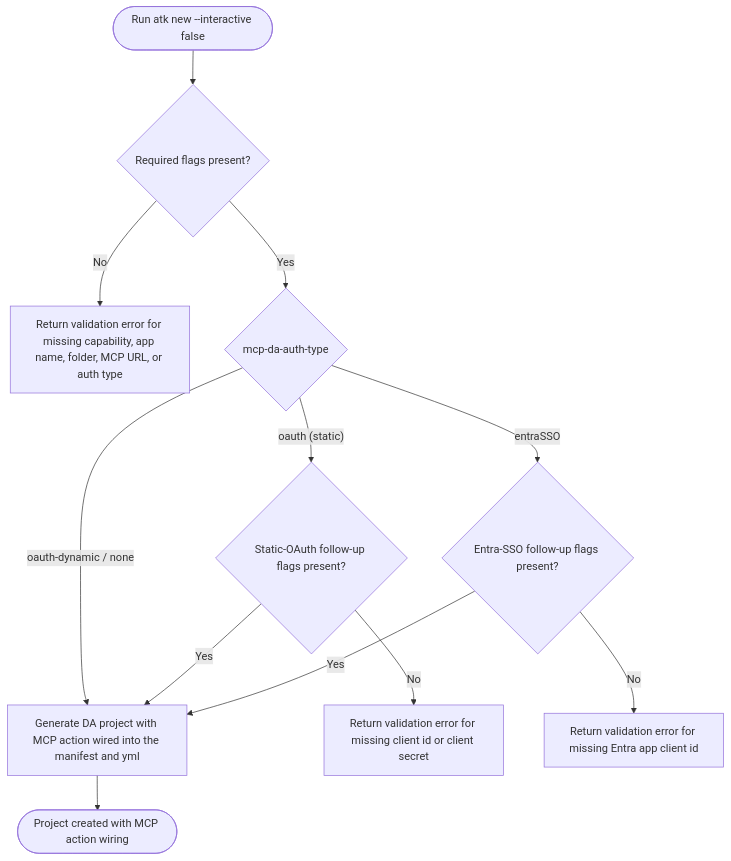
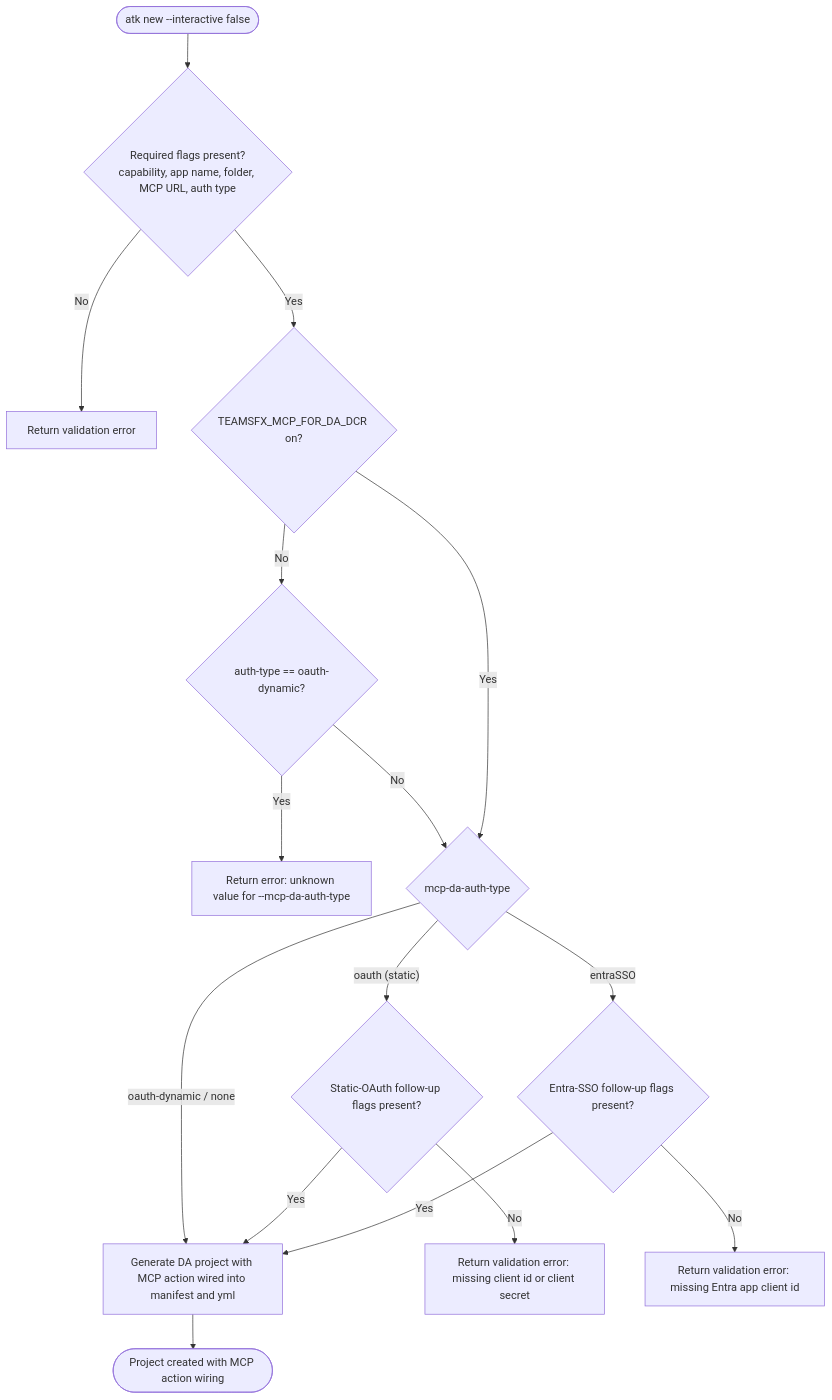
The third of 4 diagrams in docs/01-product/scenarios/da/draft/create-da-with-mcp-server.md (OfficeDev/microsoft-365-agents-toolkit), drawn with Mermaid before and after one commit. The commit also changed other lines of this file and 3 other files, not shown here.

First line of the commit message:
docs(da): refine MCP-for-DA draft scenarios for DT/DCR flag gating

````diff
--- a/docs/01-product/scenarios/da/draft/create-da-with-mcp-server.md
+++ b/docs/01-product/scenarios/da/draft/create-da-with-mcp-server.md
@@ -135,14 +134,18 @@
 ```mermaid
 flowchart TD
-  Start([Run atk new --interactive false]) --> ValidateFlags{Required flags present?}
-  ValidateFlags -- No --> MissingOption[Return validation error for missing capability, app name, folder, MCP URL, or auth type]
-  ValidateFlags -- Yes --> AuthSwitch{mcp-da-auth-type}
+  Start([atk new --interactive false]) --> ValidateFlags{Required flags present?<br/>capability, app name, folder, MCP URL, auth type}
+  ValidateFlags -- No --> MissingOption[Return validation error]
+  ValidateFlags -- Yes --> DcrGate{TEAMSFX_MCP_FOR_DA_DCR on?}
+  DcrGate -- No --> RejectDynamic{auth-type == oauth-dynamic?}
+  RejectDynamic -- Yes --> UnknownValue["Return error: unknown value for --mcp-da-auth-type"]
+  RejectDynamic -- No --> AuthSwitch
+  DcrGate -- Yes --> AuthSwitch{mcp-da-auth-type}
   AuthSwitch -- "oauth-dynamic / none" --> Generate
   AuthSwitch -- "oauth (static)" --> StaticFlags{Static-OAuth follow-up flags present?}
   AuthSwitch -- entraSSO --> SsoFlags{Entra-SSO follow-up flags present?}
-  StaticFlags -- No --> MissingStatic[Return validation error for missing client id or client secret]
+  StaticFlags -- No --> MissingStatic[Return validation error: missing client id or client secret]
   StaticFlags -- Yes --> Generate
-  SsoFlags -- No --> MissingSso[Return validation error for missing Entra app client id]
-  SsoFlags -- Yes --> Generate[Generate DA project with MCP action wired into the manifest and yml]
+  SsoFlags -- No --> MissingSso[Return validation error: missing Entra app client id]
+  SsoFlags -- Yes --> Generate[Generate DA project with MCP action wired into manifest and yml]
   Generate --> Complete([Project created with MCP action wiring])
 ```
````
